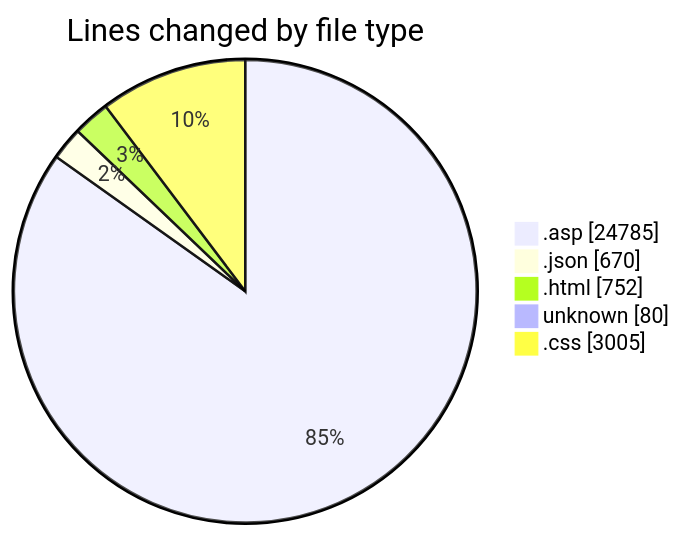
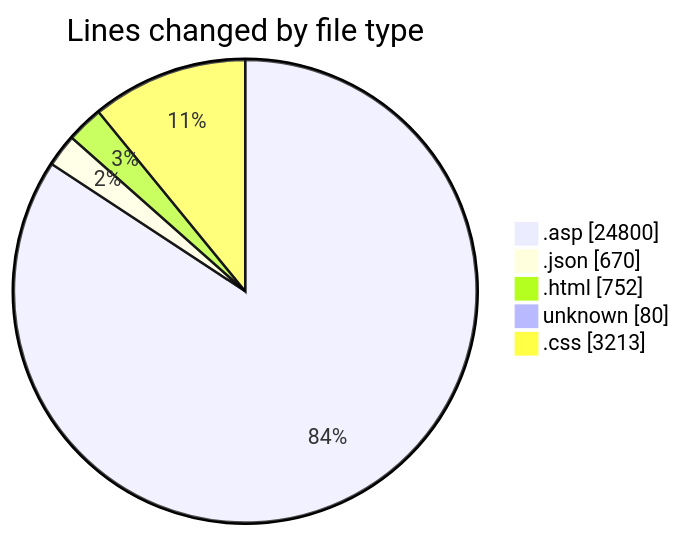
One commit to julien-gomy/code-tracking changed the first of 2 diagrams in 2025-11-01/cdp_aleoudev_fr__workspace_/README.md. Above: the diagram before and after it, drawn with Mermaid. The commit also changed other lines of this file and 1 other file, not shown here.

````diff
--- a/2025-11-01/cdp_aleoudev_fr__workspace_/README.md
+++ b/2025-11-01/cdp_aleoudev_fr__workspace_/README.md
@@ -36,9 +37,9 @@
 ```mermaid
 pie showData
 title Lines changed by file type
-".asp" : 24785
+".asp" : 24800
 ".json" : 670
 ".html" : 752
 "unknown" : 80
-".css" : 3005
+".css" : 3213
 ```
````
